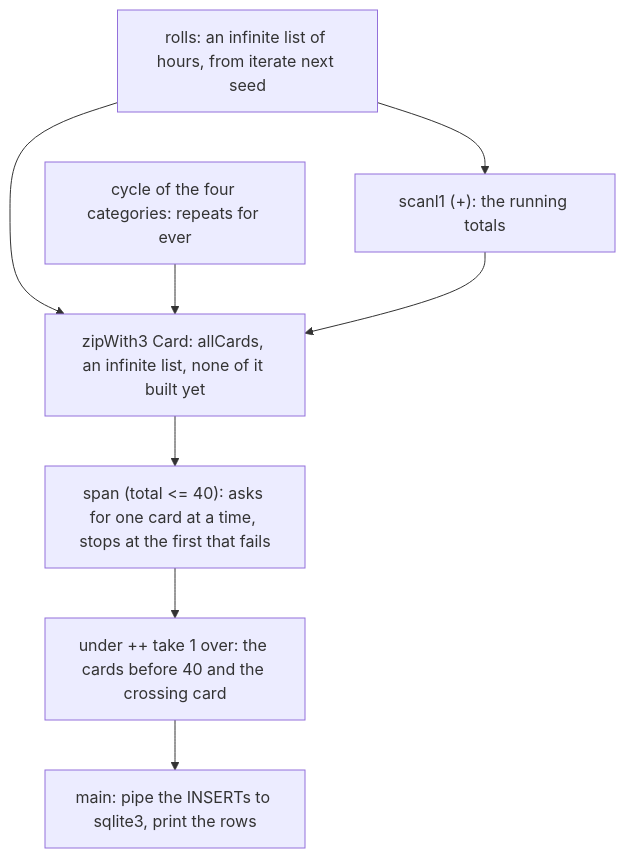
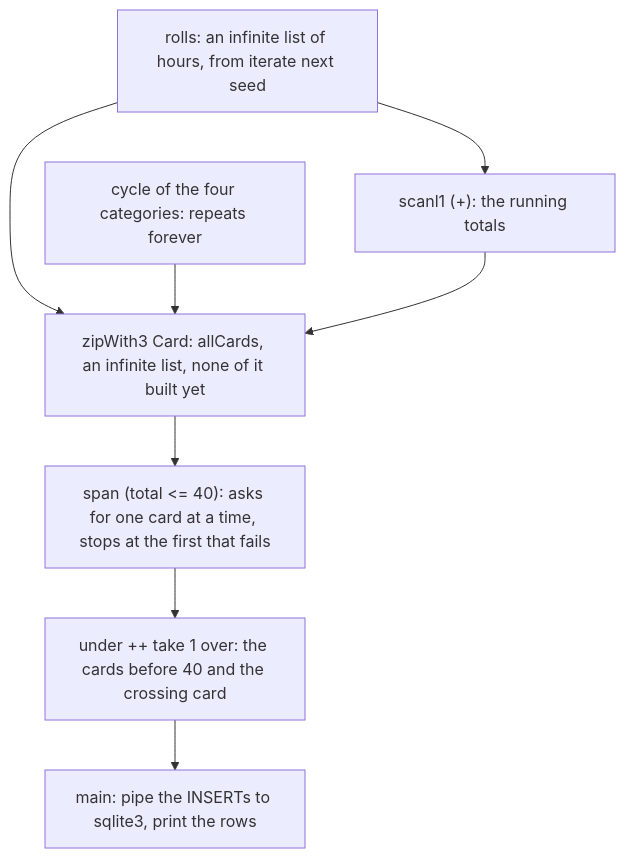
Before and after one commit to dullroar/code-challenge: the first of 2 diagrams in lessons/languages/haskell.md, drawn with Mermaid. The commit also changed 40 other files, not shown here.

````diff
--- a/lessons/languages/haskell.md
+++ b/lessons/languages/haskell.md
@@ -86,12 +86,12 @@
 ```mermaid
 flowchart TD
     accTitle: haskell: infinite lists that are read only as far as span demands
     accDescr: A flowchart of data and demand. The function rolls is an infinite list of hours made with iterate. The categories are an infinite cycle. A running sum of the hours gives the totals. The function zipWith3 glues the categories, hours and totals into allCards, an infinite list of cards, none of them built yet. The function span asks for one card at a time and stops at the first card whose total is over 40. The result keeps the cards before it and the first card over 40. The function main then pipes the INSERTs to sqlite3 and prints the rows.
     A["rolls: an infinite list of hours, from iterate next seed"] --> C["scanl1 (+): the running totals"]
     A --> D
-    B["cycle of the four categories: repeats for ever"] --> D
+    B["cycle of the four categories: repeats forever"] --> D
     C --> D["zipWith3 Card: allCards, an infinite list, none of it built yet"]
     D --> E["span (total <= 40): asks for one card at a time, stops at the first that fails"]
     E --> F["under ++ take 1 over: the cards before 40 and the crossing card"]
     F --> G["main: pipe the INSERTs to sqlite3, print the rows"]
 ```
````
